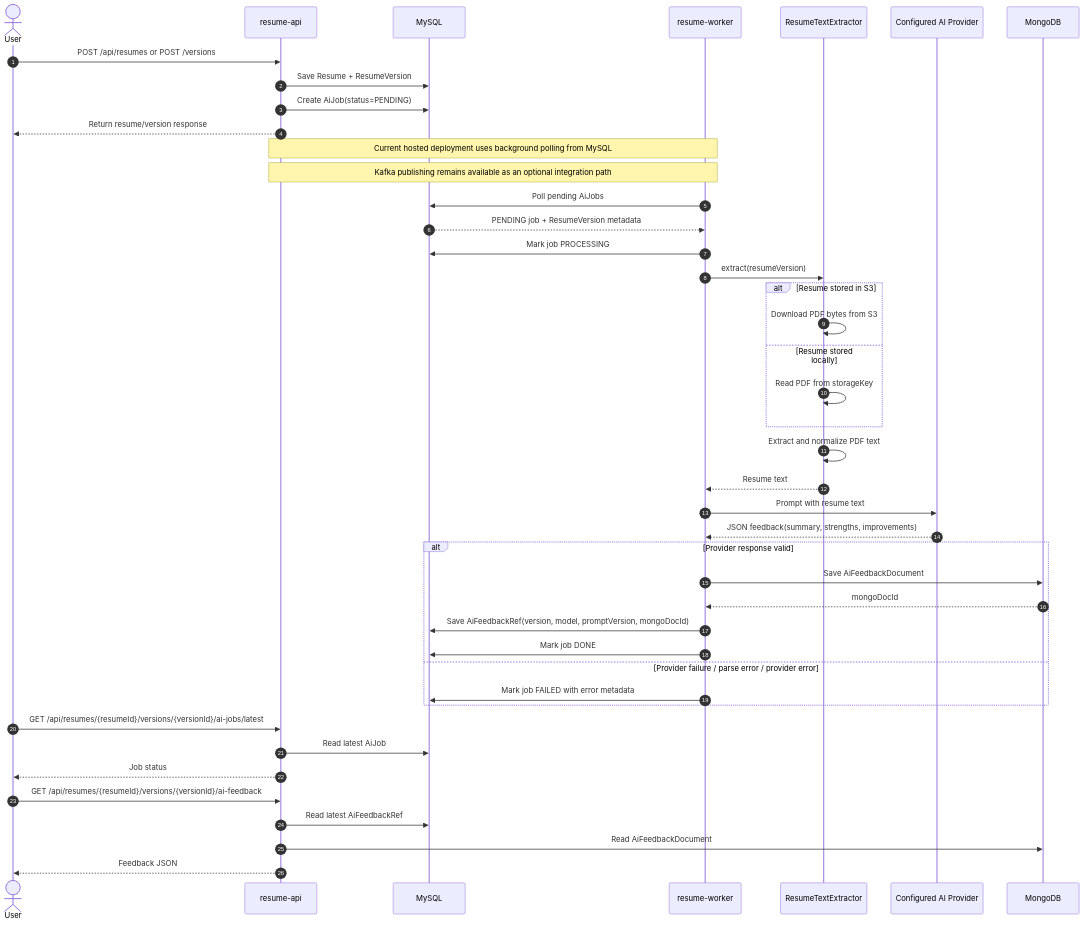
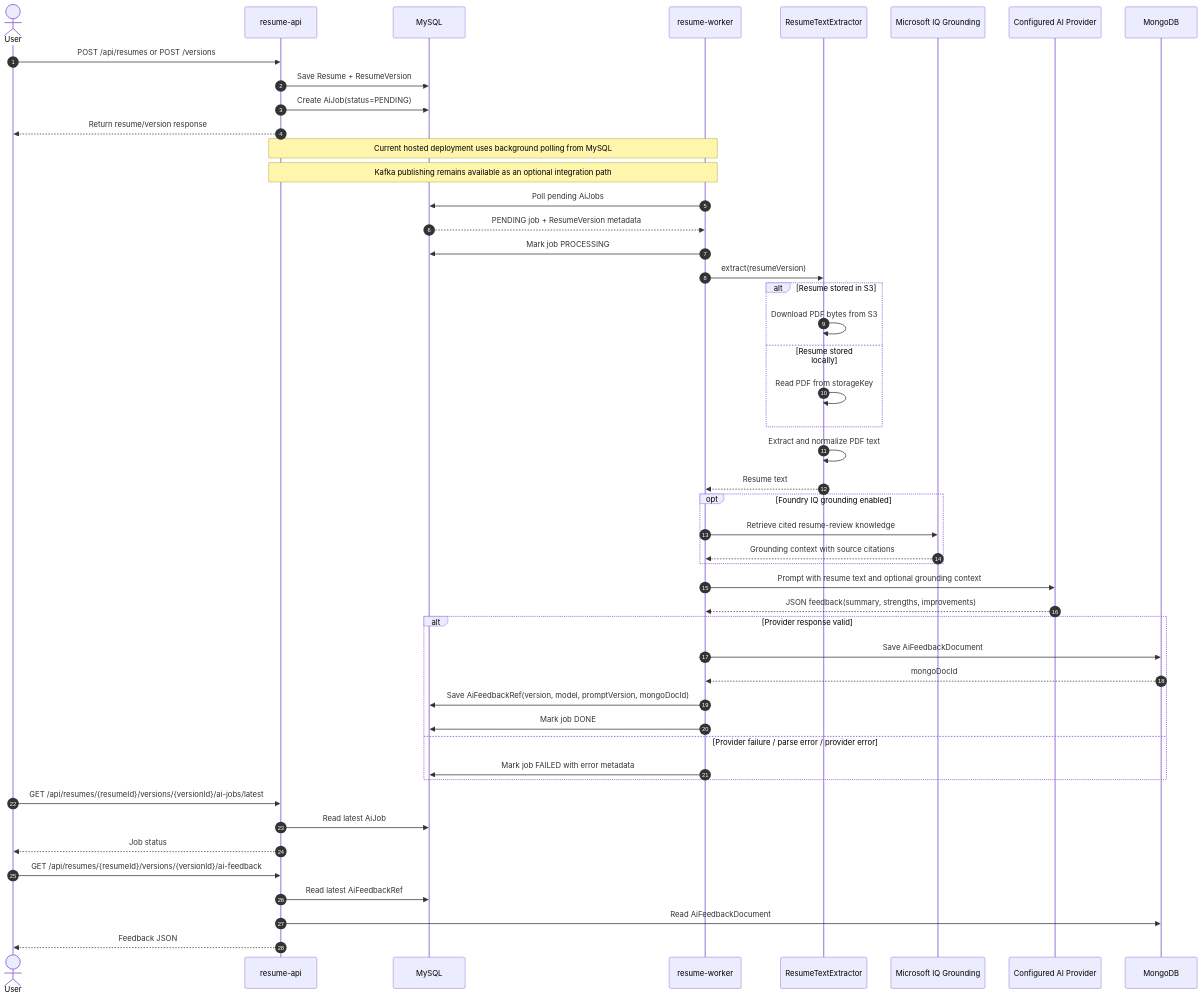
One commit to helenapedro/resume-feedback-platform changed the second of 3 diagrams in docs/project-documentation/architecture.md. Above: the diagram before and after it, drawn with Mermaid. The commit also changed other lines of this file and 22 other files, not shown here.

Commit message:
feat: add Foundry IQ grounding integration

````diff
--- a/docs/project-documentation/architecture.md
+++ b/docs/project-documentation/architecture.md
@@ -48,55 +49,61 @@
 ```mermaid
 sequenceDiagram
     autonumber
     actor User
     participant API as resume-api
     participant MySQL as MySQL
     participant Worker as resume-worker
     participant Extractor as ResumeTextExtractor
+    participant Grounding as Microsoft IQ Grounding
     participant Provider as Configured AI Provider
     participant Mongo as MongoDB
 
     User->>API: POST /api/resumes or POST /versions
     API->>MySQL: Save Resume + ResumeVersion
     API->>MySQL: Create AiJob(status=PENDING)
     API-->>User: Return resume/version response
 
     Note over API,Worker: Current hosted deployment uses background polling from MySQL
     Note over API,Worker: Kafka publishing remains available as an optional integration path
 
     Worker->>MySQL: Poll pending AiJobs
     MySQL-->>Worker: PENDING job + ResumeVersion metadata
 
     Worker->>MySQL: Mark job PROCESSING
     Worker->>Extractor: extract(resumeVersion)
 
     alt Resume stored in S3
         Extractor->>Extractor: Download PDF bytes from S3
     else Resume stored locally
         Extractor->>Extractor: Read PDF from storageKey
     end
 
     Extractor->>Extractor: Extract and normalize PDF text
     Extractor-->>Worker: Resume text
 
-    Worker->>Provider: Prompt with resume text
+    opt Foundry IQ grounding enabled
+        Worker->>Grounding: Retrieve cited resume-review knowledge
+        Grounding-->>Worker: Grounding context with source citations
+    end
+
+    Worker->>Provider: Prompt with resume text and optional grounding context
     Provider-->>Worker: JSON feedback(summary, strengths, improvements)
 
     alt Provider response valid
         Worker->>Mongo: Save AiFeedbackDocument
         Mongo-->>Worker: mongoDocId
         Worker->>MySQL: Save AiFeedbackRef(version, model, promptVersion, mongoDocId)
         Worker->>MySQL: Mark job DONE
     else Provider failure / parse error / provider error
         Worker->>MySQL: Mark job FAILED with error metadata
     end
 
     User->>API: GET /api/resumes/{resumeId}/versions/{versionId}/ai-jobs/latest
     API->>MySQL: Read latest AiJob
     API-->>User: Job status
 
     User->>API: GET /api/resumes/{resumeId}/versions/{versionId}/ai-feedback
     API->>MySQL: Read latest AiFeedbackRef
     API->>Mongo: Read AiFeedbackDocument
     API-->>User: Feedback JSON
 ```
````
